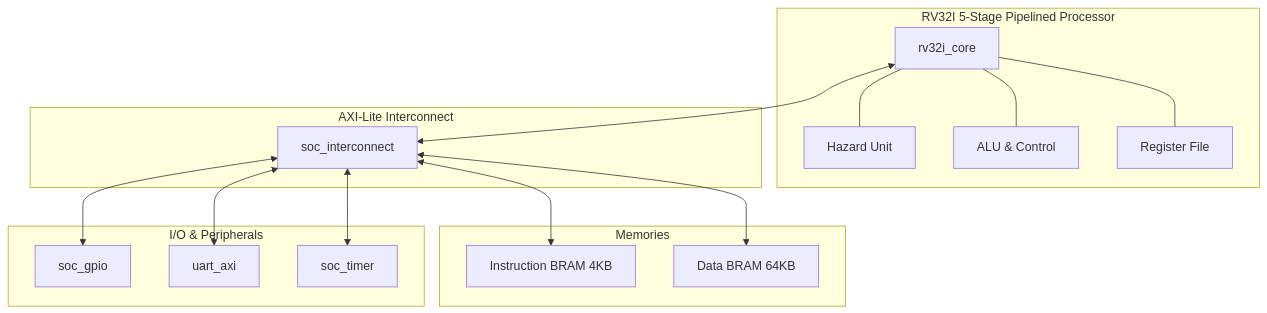
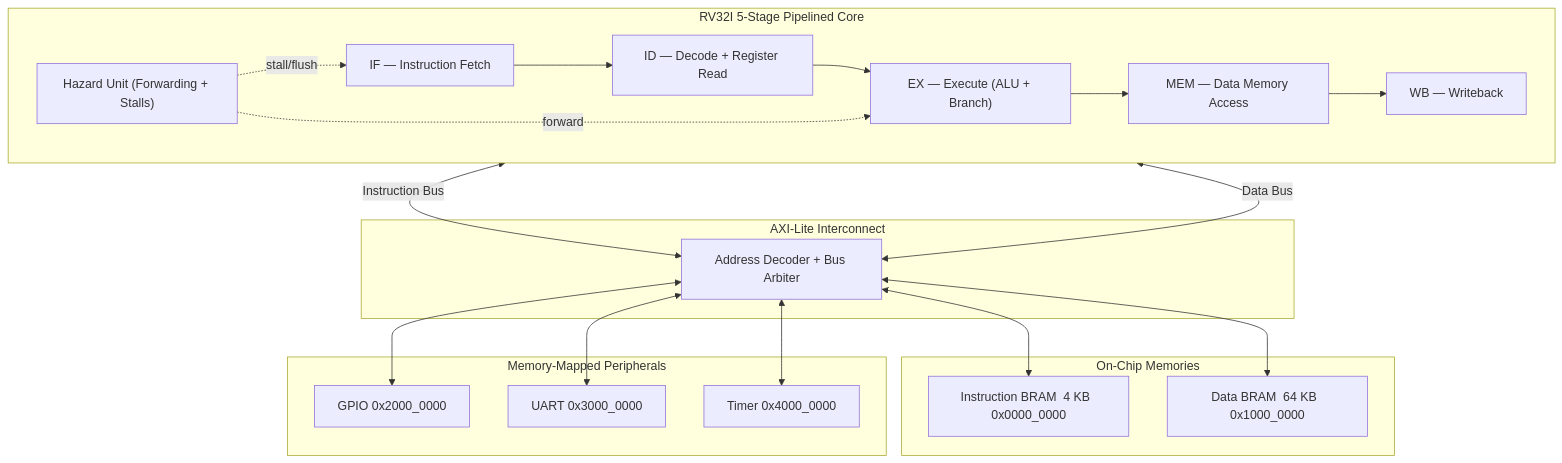
One commit to Aryan16544/rv32i-soc changed the diagram in README.md. Above: the diagram before and after it, drawn with Mermaid. The commit also changed other lines of this file and 3 other files, not shown here.

````diff
--- a/README.md
+++ b/README.md
@@ -17,36 +21,37 @@
 ```mermaid
 graph TD
-    subgraph CPU [RV32I 5-Stage Pipelined Processor]
-        Core[rv32i_core]
-        Hazard[Hazard Unit]
-        ALU[ALU & Control]
-        RegFile[Register File]
+    subgraph CPU ["RV32I 5-Stage Pipelined Core"]
+        IF["IF — Instruction Fetch"]
+        ID["ID — Decode + Register Read"]
+        EX["EX — Execute (ALU + Branch)"]
+        MEM["MEM — Data Memory Access"]
+        WB["WB — Writeback"]
+        HZ["Hazard Unit (Forwarding + Stalls)"]
+        IF --> ID --> EX --> MEM --> WB
+        HZ -. stall/flush .-> IF
+        HZ -. forward .-> EX
     end
 
-    subgraph Interconnect [AXI-Lite Interconnect]
-        Router[soc_interconnect]
+    subgraph BUS ["AXI-Lite Interconnect"]
+        XBAR[Address Decoder + Bus Arbiter]
     end
 
-    subgraph Memory [Memories]
-        IMEM[Instruction BRAM 4KB]
-        DMEM[Data BRAM 64KB]
+    subgraph MEM_BLOCK ["On-Chip Memories"]
+        IMEM["Instruction BRAM  4 KB  0x0000_0000"]
+        DMEM["Data BRAM  64 KB  0x1000_0000"]
     end
 
-    subgraph Peripherals [I/O & Peripherals]
-        GPIO[soc_gpio]
-        UART[uart_axi]
-        Timer[soc_timer]
+    subgraph PERIPH ["Memory-Mapped Peripherals"]
+        GPIO["GPIO  0x2000_0000"]
+        UART["UART  0x3000_0000"]
+        TIMER["Timer  0x4000_0000"]
     end
 
-    Core <--> Router
-    Router <--> IMEM
-    Router <--> DMEM
-    Router <--> GPIO
-    Router <--> UART
-    Router <--> Timer
-    
-    %% Connections for CPU internals
-    Core --- Hazard
-    Core --- ALU
-    Core --- RegFile
+    CPU <-->|Instruction Bus| XBAR
+    CPU <-->|Data Bus| XBAR
+    XBAR <--> IMEM
+    XBAR <--> DMEM
+    XBAR <--> GPIO
+    XBAR <--> UART
+    XBAR <--> TIMER
 ```
````
